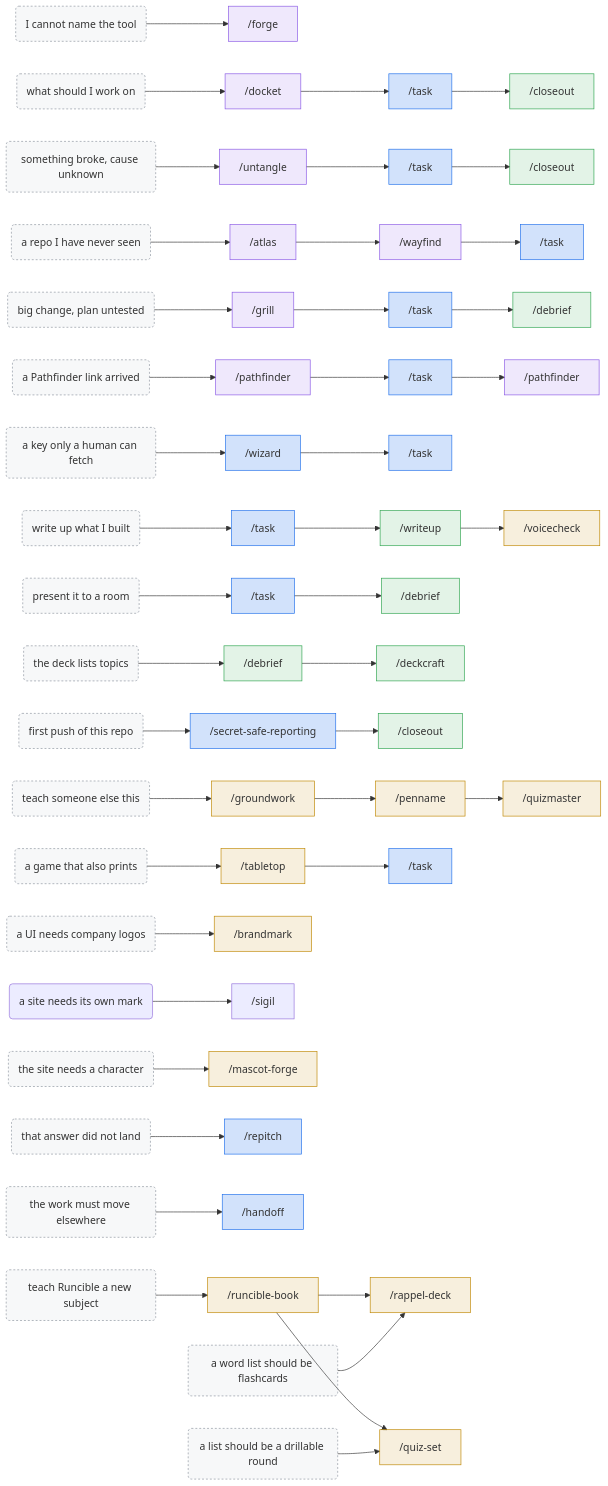
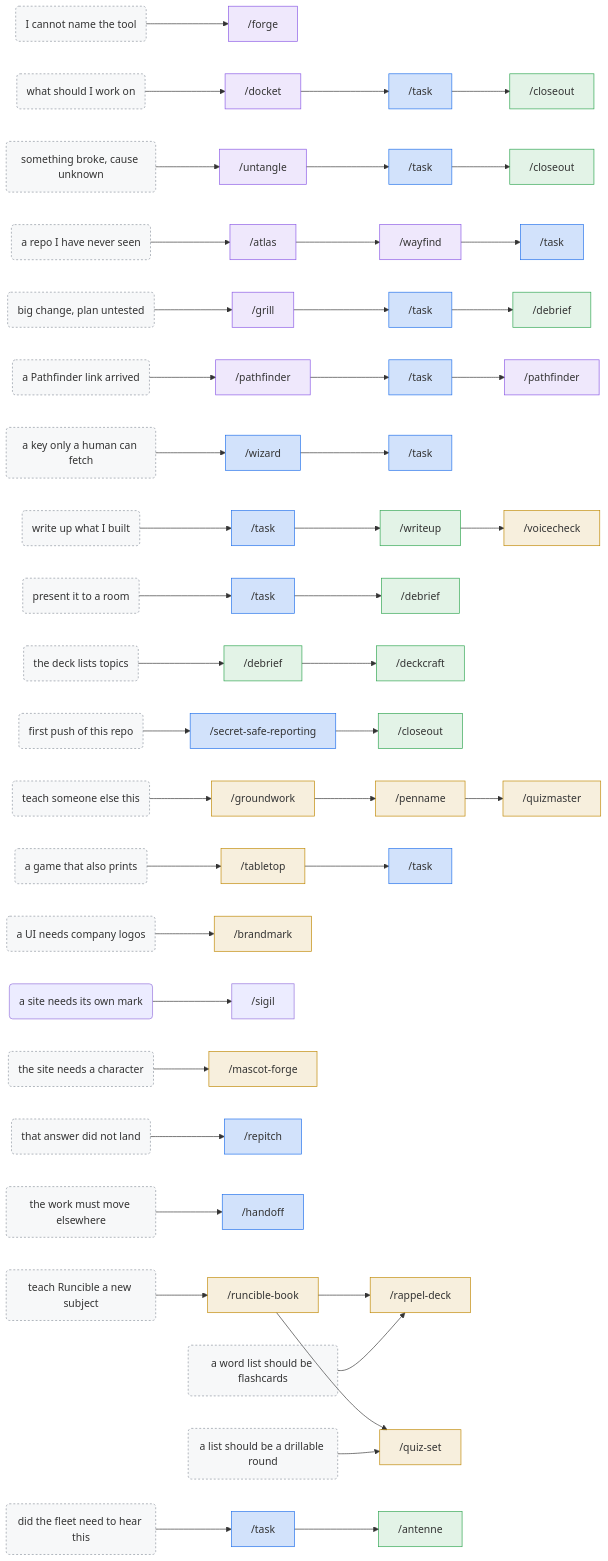
Before and after one commit to LucianoAdonis/neorgon-forge: the second of 2 diagrams in README.md, drawn with Mermaid. The commit also changed other lines of this file and 10 other files, not shown here.

````diff
--- a/README.md
+++ b/README.md
@@ -102,36 +105,37 @@
 ```mermaid
 flowchart LR
     q1("I cannot name the tool") --> n1_0["/forge"]
     q2("what should I work on") --> n2_0["/docket"] --> n2_1["/task"] --> n2_2["/closeout"]
     q3("something broke, cause unknown") --> n3_0["/untangle"] --> n3_1["/task"] --> n3_2["/closeout"]
     q4("a repo I have never seen") --> n4_0["/atlas"] --> n4_1["/wayfind"] --> n4_2["/task"]
     q5("big change, plan untested") --> n5_0["/grill"] --> n5_1["/task"] --> n5_2["/debrief"]
     q6("a Pathfinder link arrived") --> n6_0["/pathfinder"] --> n6_1["/task"] --> n6_2["/pathfinder"]
     q7("a key only a human can fetch") --> n7_0["/wizard"] --> n7_1["/task"]
     q8("write up what I built") --> n8_0["/task"] --> n8_1["/writeup"] --> n8_2["/voicecheck"]
     q9("present it to a room") --> n9_0["/task"] --> n9_1["/debrief"]
     q10("the deck lists topics") --> n10_0["/debrief"] --> n10_1["/deckcraft"]
     q11("first push of this repo") --> n11_0["/secret-safe-reporting"] --> n11_1["/closeout"]
     q12("teach someone else this") --> n12_0["/groundwork"] --> n12_1["/penname"] --> n12_2["/quizmaster"]
     q13("a game that also prints") --> n13_0["/tabletop"] --> n13_1["/task"]
     q14("a UI needs company logos") --> n14_0["/brandmark"]
     q14b("a site needs its own mark") --> n14b_0["/sigil"]
     q15("the site needs a character") --> n15_0["/mascot-forge"]
     q16("that answer did not land") --> n16_0["/repitch"]
     q17("the work must move elsewhere") --> n17_0["/handoff"]
     q18("teach Runcible a new subject") --> n18_0["/runcible-book"] --> n18_1["/rappel-deck"]
     q19("a word list should be flashcards") --> n18_1
     n18_0 --> n20_0["/quiz-set"]
     q20("a list should be a drillable round") --> n20_0
+    q21("did the fleet need to hear this") --> n21_0["/task"] --> n21_1["/antenne"]
 
     classDef before fill:#8957e522,stroke:#8957e5,stroke-width:1px
     classDef during fill:#1f6feb33,stroke:#1f6feb,stroke-width:1px
     classDef after fill:#2da44e22,stroke:#2da44e,stroke-width:1px
     classDef craft fill:#bf870022,stroke:#bf8700,stroke-width:1px
     classDef ask fill:#8b949e11,stroke:#8b949e,stroke-dasharray:3 3
-    class q1,q2,q3,q4,q5,q6,q7,q8,q9,q10,q11,q12,q13,q14,q15,q16,q17,q18,q19,q20 ask
+    class q1,q2,q3,q4,q5,q6,q7,q8,q9,q10,q11,q12,q13,q14,q15,q16,q17,q18,q19,q20,q21 ask
     class n1_0,n2_0,n3_0,n4_0,n4_1,n5_0,n6_0,n6_2 before
-    class n2_1,n3_1,n4_2,n5_1,n6_1,n7_0,n7_1,n8_0,n9_0,n11_0,n13_1,n16_0,n17_0 during
-    class n2_2,n3_2,n5_2,n8_1,n9_1,n10_0,n10_1,n11_1 after
+    class n2_1,n3_1,n4_2,n5_1,n6_1,n7_0,n7_1,n8_0,n9_0,n11_0,n13_1,n16_0,n17_0,n21_0 during
+    class n2_2,n3_2,n5_2,n8_1,n9_1,n10_0,n10_1,n11_1,n21_1 after
     class n8_2,n12_0,n12_1,n12_2,n13_0,n14_0,n15_0,n18_0,n18_1,n20_0 craft
 ```
````
